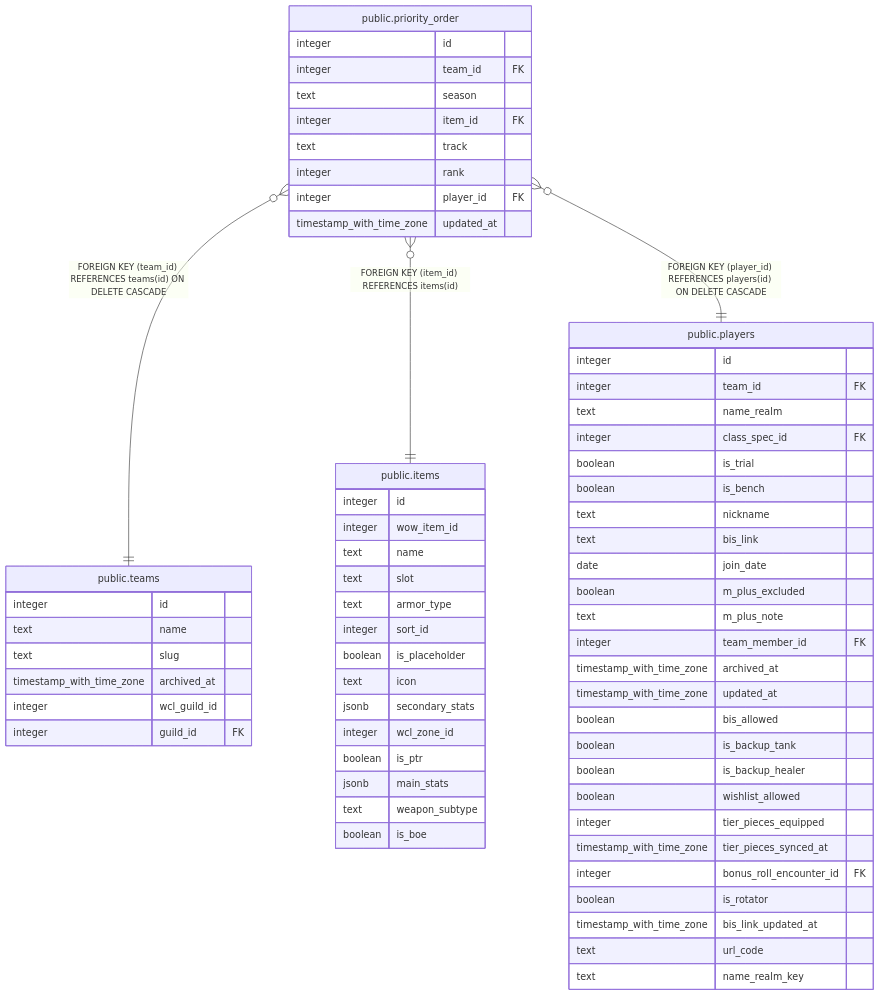
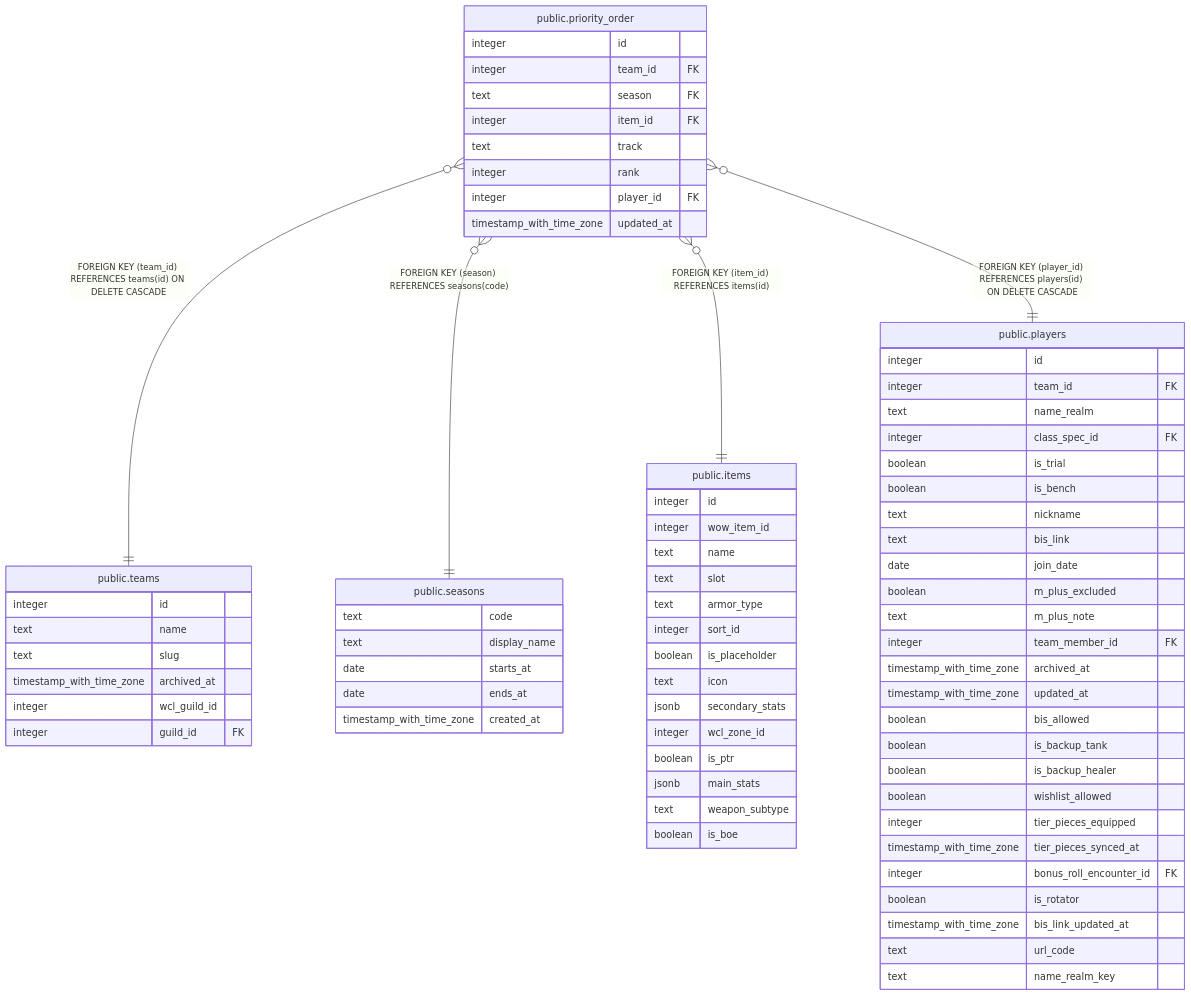
One commit to katogaming88/WGA-Raid-Hub changed the diagram in dbdoc/public.priority_order.md. Above: the diagram before and after it, drawn with Mermaid. The commit also changed other lines of this file and 64 other files, not shown here.

First line of the commit message:
A seasons table, a foreign key on every season column, and the sync keeping the team's stamp (v3.123.0) (#1194)

````diff
--- a/dbdoc/public.priority_order.md
+++ b/dbdoc/public.priority_order.md
@@ -45,69 +46,77 @@
 ```mermaid
 erDiagram
 
 "public.priority_order" }o--|| "public.teams" : "FOREIGN KEY (team_id) REFERENCES teams(id) ON DELETE CASCADE"
+"public.priority_order" }o--|| "public.seasons" : "FOREIGN KEY (season) REFERENCES seasons(code)"
 "public.priority_order" }o--|| "public.items" : "FOREIGN KEY (item_id) REFERENCES items(id)"
 "public.priority_order" }o--|| "public.players" : "FOREIGN KEY (player_id) REFERENCES players(id) ON DELETE CASCADE"
 
 "public.priority_order" {
   integer id
   integer team_id FK
-  text season
+  text season FK
   integer item_id FK
   text track
   integer rank
   integer player_id FK
   timestamp_with_time_zone updated_at
 }
 "public.teams" {
   integer id
   text name
   text slug
   timestamp_with_time_zone archived_at
   integer wcl_guild_id
   integer guild_id FK
+}
+"public.seasons" {
+  text code
+  text display_name
+  date starts_at
+  date ends_at
+  timestamp_with_time_zone created_at
 }
 "public.items" {
   integer id
   integer wow_item_id
   text name
   text slot
   text armor_type
   integer sort_id
   boolean is_placeholder
   text icon
   jsonb secondary_stats
   integer wcl_zone_id
   boolean is_ptr
   jsonb main_stats
   text weapon_subtype
   boolean is_boe
 }
 "public.players" {
   integer id
   integer team_id FK
   text name_realm
   integer class_spec_id FK
   boolean is_trial
   boolean is_bench
   text nickname
   text bis_link
   date join_date
   boolean m_plus_excluded
   text m_plus_note
   integer team_member_id FK
   timestamp_with_time_zone archived_at
   timestamp_with_time_zone updated_at
   boolean bis_allowed
   boolean is_backup_tank
   boolean is_backup_healer
   boolean wishlist_allowed
   integer tier_pieces_equipped
   timestamp_with_time_zone tier_pieces_synced_at
   integer bonus_roll_encounter_id FK
   boolean is_rotator
   timestamp_with_time_zone bis_link_updated_at
   text url_code
   text name_realm_key
 }
 ```
````
